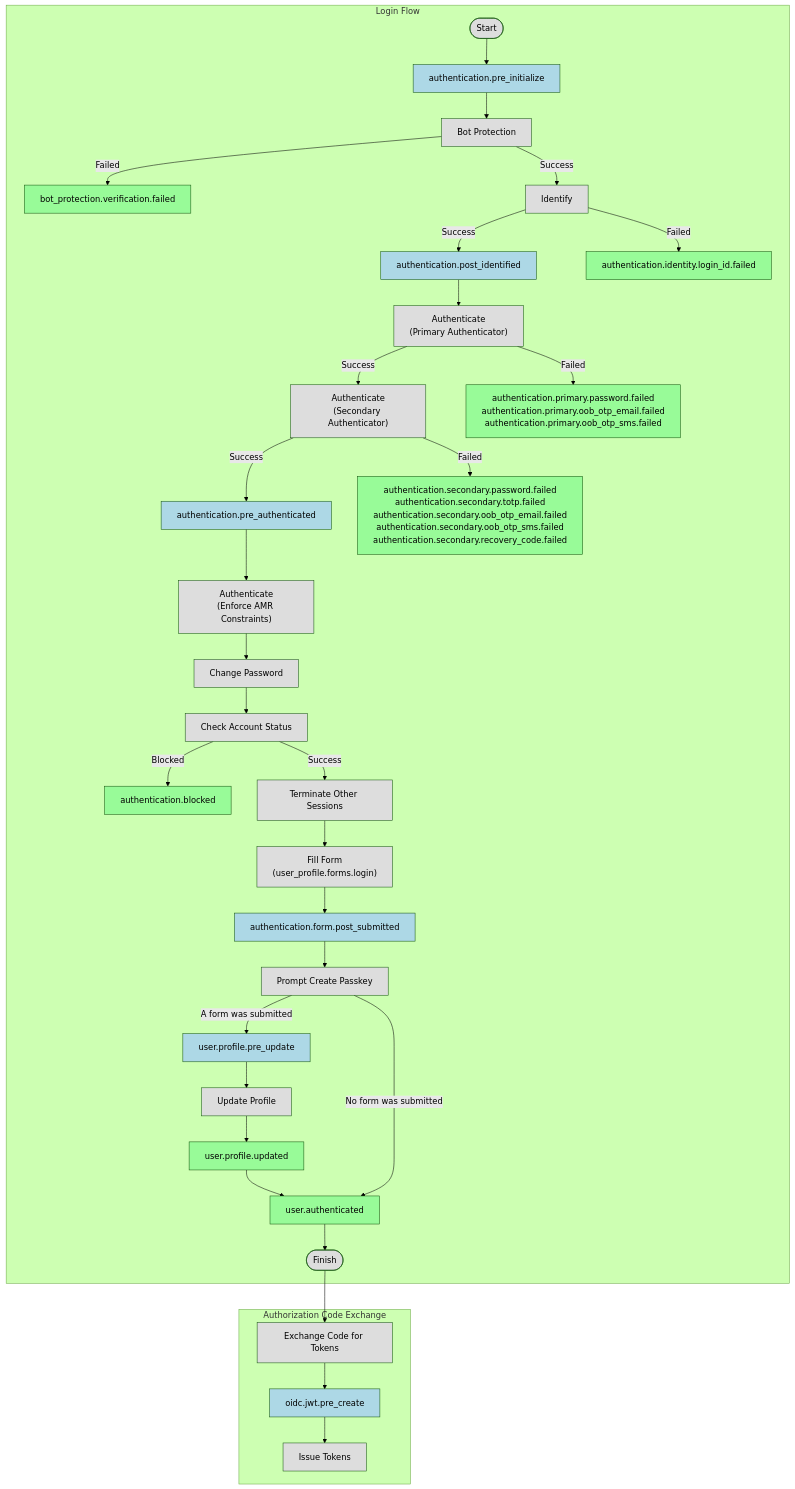
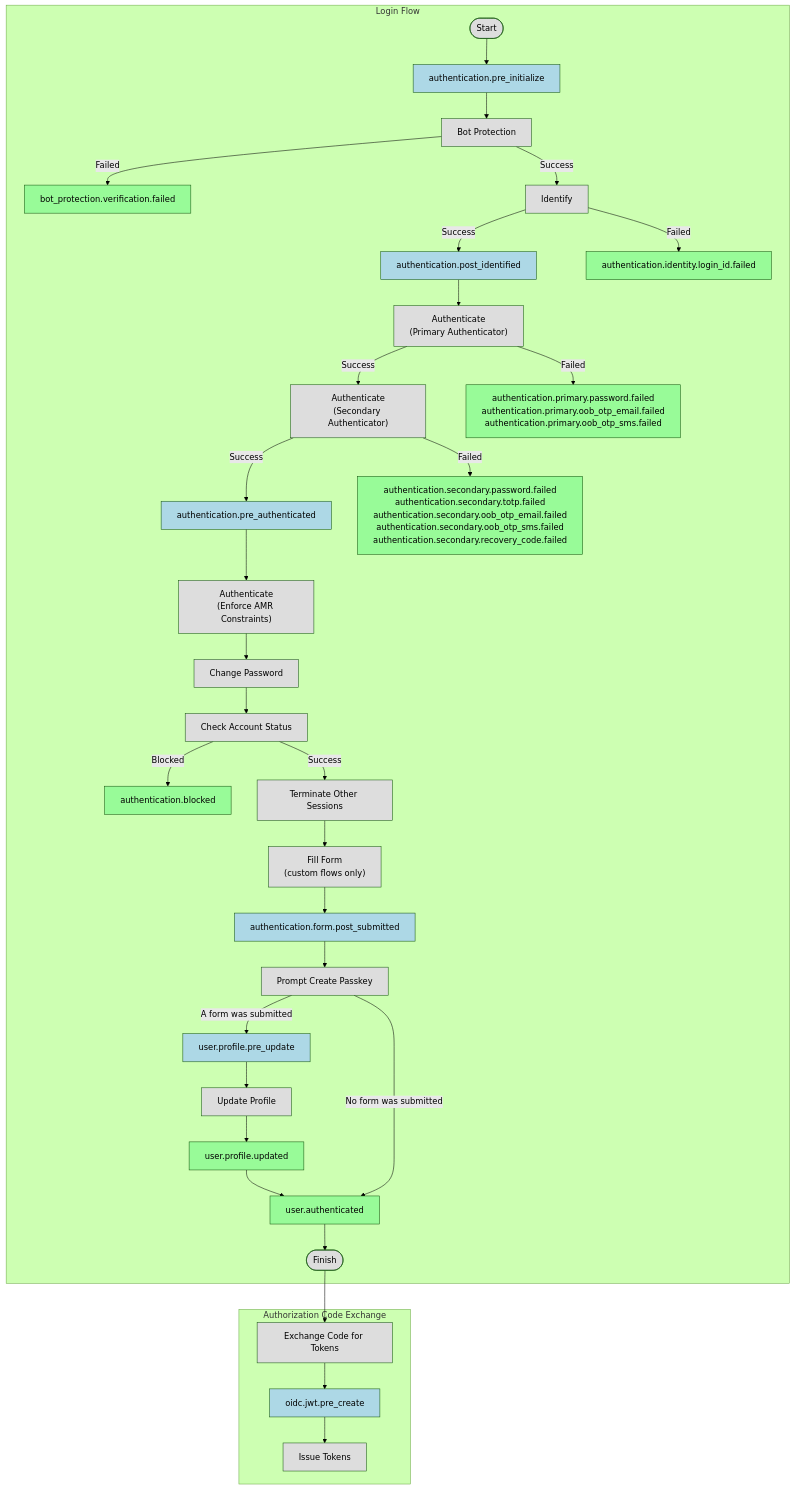
Before and after one commit to authgear/authgear-server: the third of 3 diagrams in docs/specs/event.md, drawn with Mermaid (forest theme). The commit also changed other lines of this file and 4 other files, not shown here.

First line of the commit message:
doc: Restrict profile filling forms to custom flows

````diff
--- a/docs/specs/event.md
+++ b/docs/specs/event.md
@@ -1575,50 +1580,50 @@
 ```mermaid
 flowchart TD
     subgraph "Login Flow"
         Start([Start])
         Start --> AuthenticationPreInitialize[authentication.pre_initialize]
         AuthenticationPreInitialize --> BotProtection[Bot Protection]
         BotProtection -- "Failed" --> BotProtectionVerificationFailed[bot_protection.verification.failed]
         BotProtection -- "Success" --> Identify[Identify]
         Identify -- "Success" --> AuthenticationPostIdentified[authentication.post_identified]
         Identify -- "Failed" --> AuthenticationIdentityLoginIDFailed[authentication.identity.login_id.failed]
 
         AuthenticationPostIdentified --> AuthenticatePrimary["Authenticate<br>(Primary Authenticator)"]
 
         AuthenticatePrimary -- "Success" --> AuthenticateSecondary["Authenticate<br>(Secondary Authenticator)"]
         AuthenticatePrimary -- "Failed" --> PrimaryAuthFailed["authentication.primary.password.failed<br>authentication.primary.oob_otp_email.failed<br>authentication.primary.oob_otp_sms.failed"]:::event
 
         AuthenticateSecondary -- "Success" --> AuthenticationPreAuthenticated[authentication.pre_authenticated]
         AuthenticateSecondary -- "Failed" --> SecondaryAuthFailed["authentication.secondary.password.failed<br>authentication.secondary.totp.failed<br>authentication.secondary.oob_otp_email.failed<br>authentication.secondary.oob_otp_sms.failed<br>authentication.secondary.recovery_code.failed"]:::event
 
         AuthenticationPreAuthenticated --> AuthenticateAdaptive["Authenticate<br>(Enforce AMR Constraints)"]
         AuthenticateAdaptive --> ChangePassword[Change Password]
         ChangePassword --> CheckAccountStatus[Check Account Status]
         CheckAccountStatus -- "Blocked" --> AuthenticationBlocked[authentication.blocked]
         CheckAccountStatus -- "Success" --> TerminateOtherSessions[Terminate Other Sessions]
-        TerminateOtherSessions --> FillForm["Fill Form<br>(user_profile.forms.login)"]
+        TerminateOtherSessions --> FillForm["Fill Form<br>(custom flows only)"]
         FillForm --> AuthenticationFormPostSubmitted[authentication.form.post_submitted]
         AuthenticationFormPostSubmitted --> PromptCreatePasskey[Prompt Create Passkey]
         PromptCreatePasskey -- "A form was submitted" --> UserProfilePreUpdate[user.profile.pre_update]
         UserProfilePreUpdate --> UpdateProfile[Update Profile]
         UpdateProfile --> UserProfileUpdated[user.profile.updated]
         UserProfileUpdated --> UserAuthenticated[user.authenticated]
         PromptCreatePasskey -- "No form was submitted" --> UserAuthenticated
         UserAuthenticated --> FinishLogin([Finish])
     end
 
     subgraph "Authorization Code Exchange"
         ExchangeCode[Exchange Code for Tokens]
         ExchangeCode --> OIDCJWTPreCreate[oidc.jwt.pre_create]
         OIDCJWTPreCreate --> IssueTokens[Issue Tokens]
     end
 
     FinishLogin --> ExchangeCode
 
     classDef event fill:#98FB98,color:#000000
     classDef blockingEvent fill:#ADD8E6,color:#000000
     classDef processNode fill:#dddddd,color:#000000
     class BotProtectionVerificationFailed,AuthenticationIdentityLoginIDFailed,PrimaryAuthFailed,SecondaryAuthFailed,AuthenticationBlocked,UserAuthenticated,UserProfileUpdated event
     class AuthenticationPreInitialize,AuthenticationPostIdentified,AuthenticationPreAuthenticated,AuthenticationFormPostSubmitted,UserProfilePreUpdate,OIDCJWTPreCreate blockingEvent
     class Start,BotProtection,Identify,AuthenticatePrimary,AuthenticateSecondary,ChangePassword,CheckAccountStatus,TerminateOtherSessions,FillForm,UpdateProfile,PromptCreatePasskey,AuthenticateAdaptive,ExchangeCode,IssueTokens,FinishLogin processNode
 ```
````
